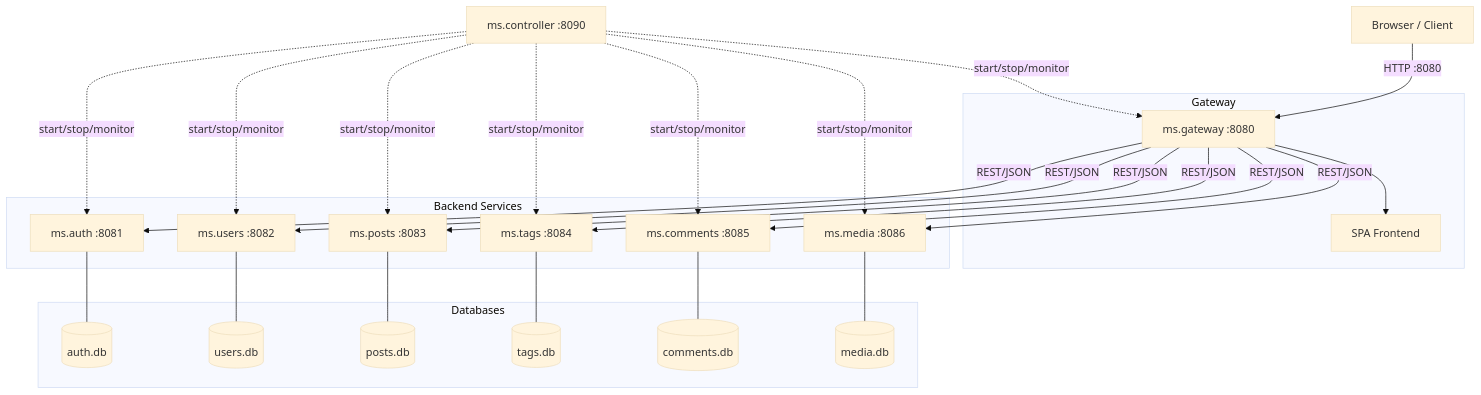
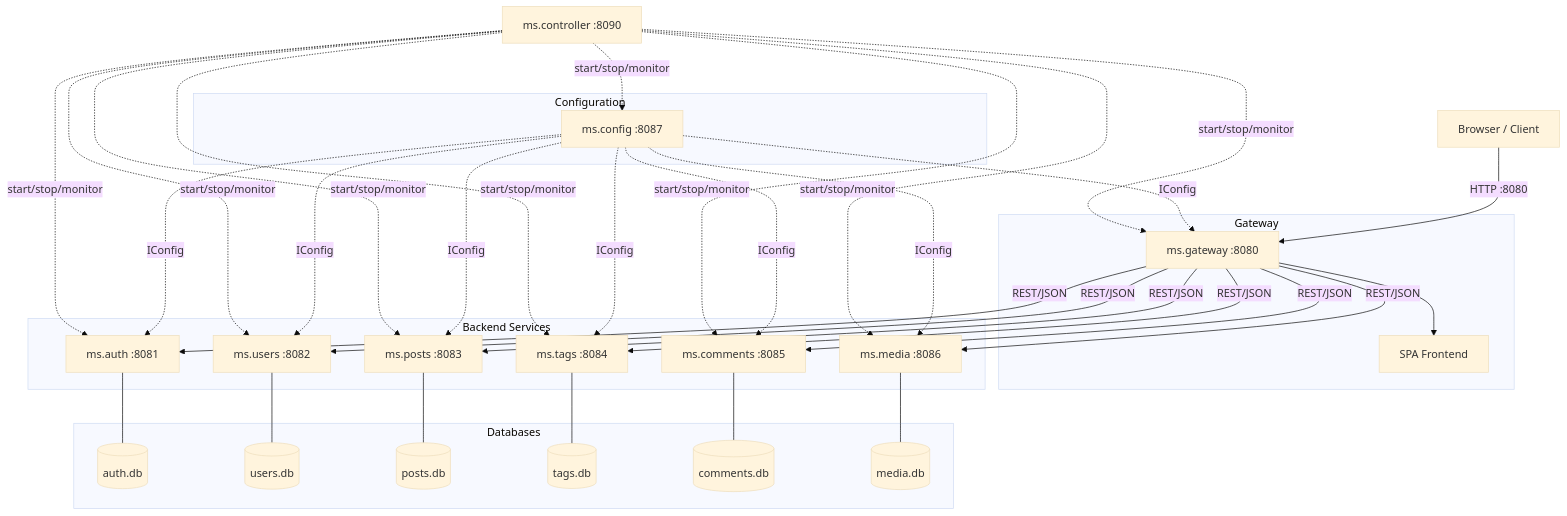
Before and after one commit to sakura1977/mormot2-microservices-blog-sample: the first of 9 diagrams in architecture.md, drawn with Mermaid (base theme). The commit also changed other lines of this file and 28 other files, not shown here.

````diff
--- a/architecture.md
+++ b/architecture.md
@@ -9,52 +9,64 @@
 ```mermaid
 graph TB
     Browser[Browser / Client]
     Controller[ms.controller :8090]
 
     subgraph Gateway
         GW[ms.gateway :8080]
         SPA[SPA Frontend]
+    end
+
+    subgraph Configuration
+        CONFIG[ms.config :8087]
     end
 
     subgraph Backend Services
         AUTH[ms.auth :8081]
         USERS[ms.users :8082]
         POSTS[ms.posts :8083]
         TAGS[ms.tags :8084]
         COMMENTS[ms.comments :8085]
         MEDIA[ms.media :8086]
     end
 
     subgraph Databases
         DB_AUTH[(auth.db)]
         DB_USERS[(users.db)]
         DB_POSTS[(posts.db)]
         DB_TAGS[(tags.db)]
         DB_COMMENTS[(comments.db)]
         DB_MEDIA[(media.db)]
     end
 
     Browser -->|HTTP :8080| GW
     GW --> SPA
+    CONFIG -.->|IConfig| AUTH
+    CONFIG -.->|IConfig| USERS
+    CONFIG -.->|IConfig| POSTS
+    CONFIG -.->|IConfig| TAGS
+    CONFIG -.->|IConfig| COMMENTS
+    CONFIG -.->|IConfig| MEDIA
+    CONFIG -.->|IConfig| GW
     GW -->|REST/JSON| AUTH
     GW -->|REST/JSON| USERS
     GW -->|REST/JSON| POSTS
     GW -->|REST/JSON| TAGS
     GW -->|REST/JSON| COMMENTS
     GW -->|REST/JSON| MEDIA
 
     AUTH --- DB_AUTH
     USERS --- DB_USERS
     POSTS --- DB_POSTS
     TAGS --- DB_TAGS
     COMMENTS --- DB_COMMENTS
     MEDIA --- DB_MEDIA
 
+    Controller -.->|start/stop/monitor| CONFIG
     Controller -.->|start/stop/monitor| AUTH
     Controller -.->|start/stop/monitor| USERS
     Controller -.->|start/stop/monitor| POSTS
     Controller -.->|start/stop/monitor| TAGS
     Controller -.->|start/stop/monitor| COMMENTS
     Controller -.->|start/stop/monitor| MEDIA
     Controller -.->|start/stop/monitor| GW
 ```
````
